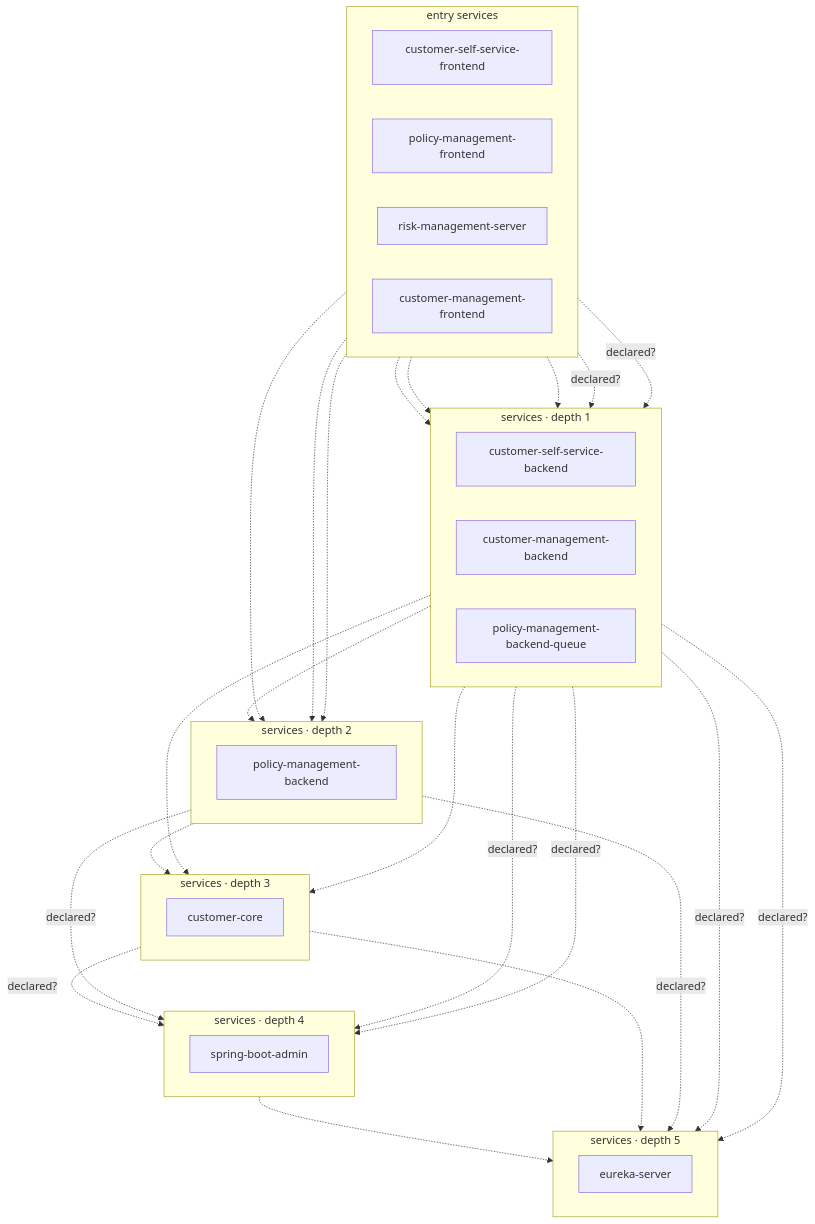
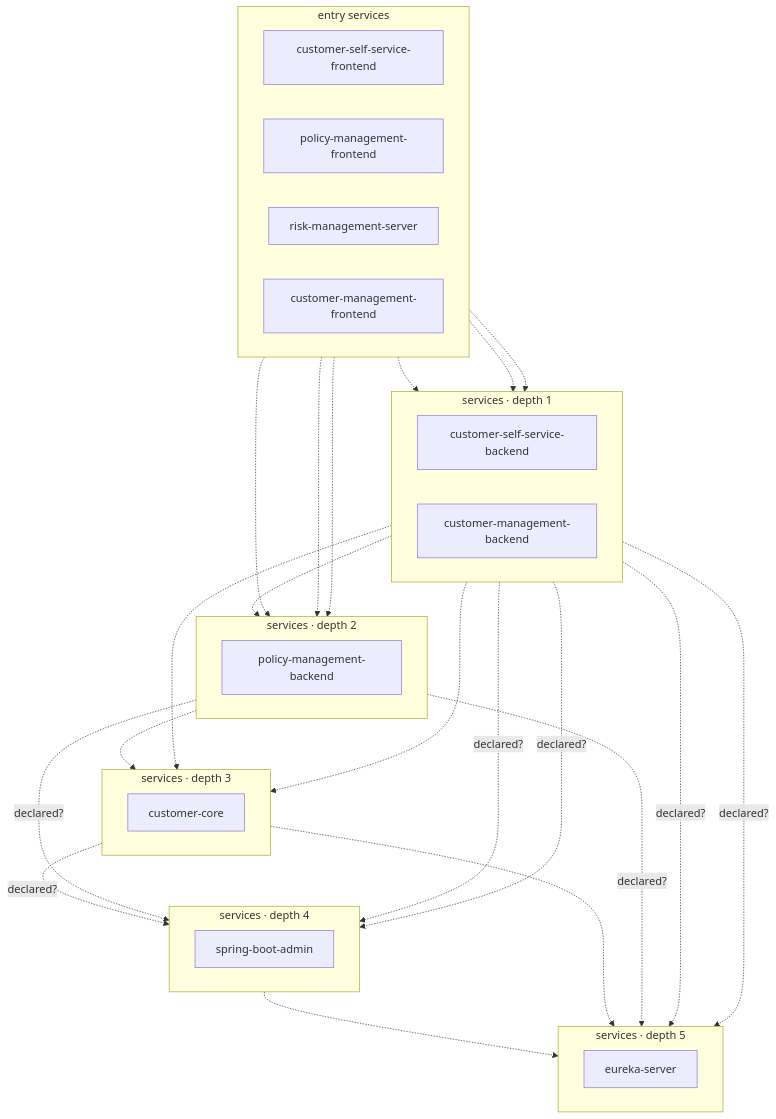
Before and after one commit to ANYuu531/ChatOps4Msa-Pipeline: the diagram in docs/generalization/external/lakeside-mutual.mmd, drawn with Mermaid. The commit also changed 181 other files, not shown here.

```diff
--- a/docs/generalization/external/lakeside-mutual.mmd
+++ b/docs/generalization/external/lakeside-mutual.mmd
@@ -1,54 +1,51 @@
 flowchart TB
 %% DepWeaver — microservice dependency graph
 %% solid arrow = observed at runtime (Istio) · dashed = declared in code/doc only
 %% node shape: [service] ([gateway]) [(db)] {{queue}} [/external/]
   subgraph layer0 ["entry services"]
     direction LR
     customer_self_service_frontend["customer-self-service-frontend"]
     policy_management_frontend["policy-management-frontend"]
     risk_management_server["risk-management-server"]
     customer_management_frontend["customer-management-frontend"]
   end
   subgraph layer1 ["services · depth 1"]
     direction LR
     customer_self_service_backend["customer-self-service-backend"]
     customer_management_backend["customer-management-backend"]
-    policy_management_backend_queue["policy-management-backend-queue"]
   end
   subgraph layer2 ["services · depth 2"]
     direction LR
     policy_management_backend["policy-management-backend"]
   end
   subgraph layer3 ["services · depth 3"]
     direction LR
     customer_core["customer-core"]
   end
   subgraph layer4 ["services · depth 4"]
     direction LR
     spring_boot_admin["spring-boot-admin"]
   end
   subgraph layer5 ["services · depth 5"]
     direction LR
     eureka_server["eureka-server"]
   end
   customer_management_backend -.-> customer_core
   policy_management_backend -.-> customer_core
   customer_self_service_backend -.-> customer_core
+  customer_self_service_backend -.-> policy_management_backend
   policy_management_frontend -.-> policy_management_backend
+  risk_management_server -.-> policy_management_backend
+  spring_boot_admin -.-> eureka_server
   customer_core -.-> eureka_server
   customer_management_frontend -.-> customer_management_backend
-  customer_self_service_backend -.-> policy_management_backend
   customer_self_service_frontend -.-> customer_self_service_backend
   customer_self_service_frontend -.-> customer_management_backend
   customer_self_service_frontend -.-> policy_management_backend
-  spring_boot_admin -.-> eureka_server
-  risk_management_server -.-> policy_management_backend
   customer_core -. declared? .-> spring_boot_admin
+  customer_management_backend -. declared? .-> eureka_server
   customer_management_backend -. declared? .-> spring_boot_admin
+  policy_management_backend -. declared? .-> eureka_server
   policy_management_backend -. declared? .-> spring_boot_admin
+  customer_self_service_backend -. declared? .-> eureka_server
   customer_self_service_backend -. declared? .-> spring_boot_admin
-  customer_management_frontend -. declared? .-> customer_self_service_backend
-  customer_management_backend -. declared? .-> eureka_server
-  customer_self_service_backend -. declared? .-> eureka_server
-  policy_management_backend -. declared? .-> eureka_server
-  risk_management_server -. declared? .-> policy_management_backend_queue
```
